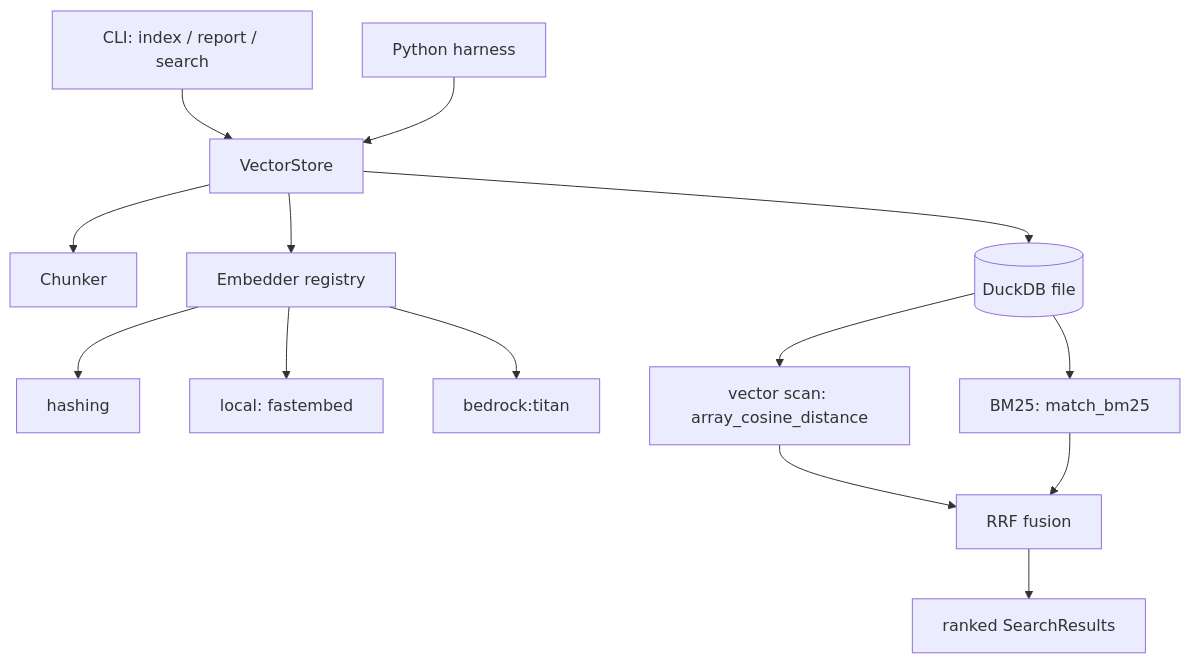
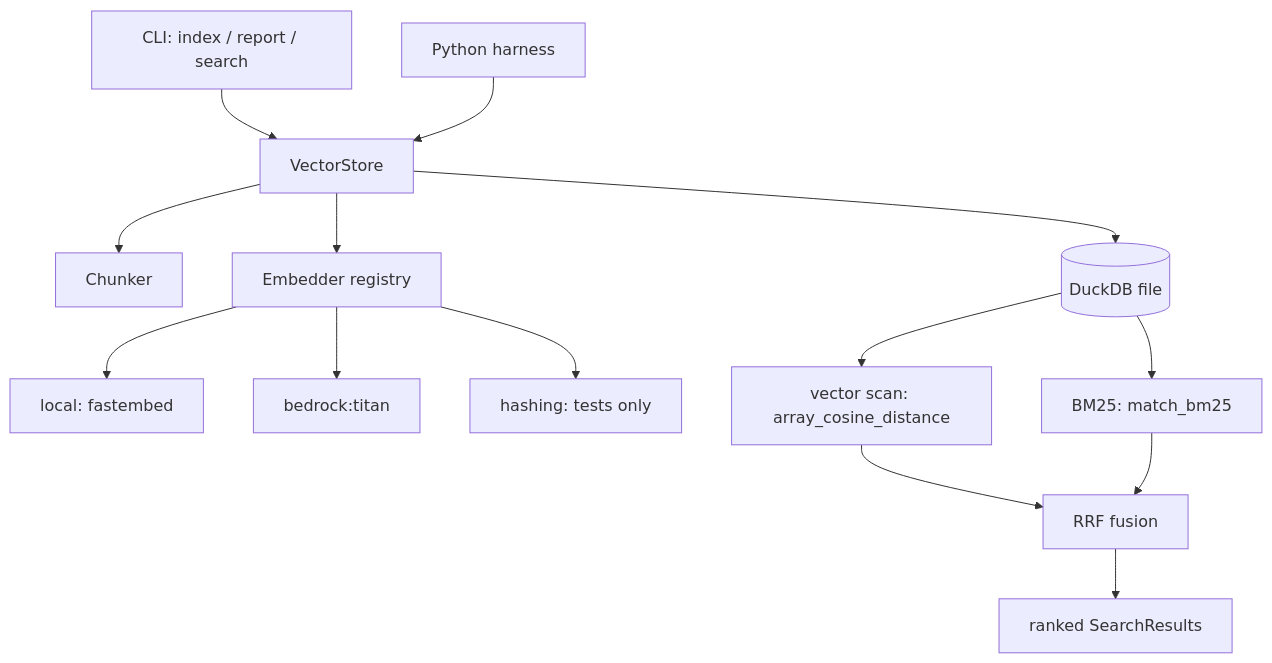
Before and after one commit to bernard357/duckdb-vectors: the diagram in documentation/duckdb-vectors-primitive.md, drawn with Mermaid. The commit also changed other lines of this file and 9 other files, not shown here.

First line of the commit message:
docs: lead with the local backend, reframe hashing as test-only refs #4

````diff
--- a/documentation/duckdb-vectors-primitive.md
+++ b/documentation/duckdb-vectors-primitive.md
@@ -28,16 +28,16 @@
 ```mermaid
 flowchart TD
     CLI[CLI: index / report / search] --> Store
     App[Python harness] --> Store
     Store[VectorStore] --> Chunker[Chunker]
     Store --> Embedder[Embedder registry]
-    Embedder --> Hashing[hashing]
     Embedder --> Local[local: fastembed]
     Embedder --> Bedrock[bedrock:titan]
+    Embedder --> Hashing[hashing: tests only]
     Store --> DB[(DuckDB file)]
     DB --> Vec[vector scan: array_cosine_distance]
     DB --> FTS[BM25: match_bm25]
     Vec --> RRF[RRF fusion]
     FTS --> RRF
     RRF --> Results[ranked SearchResults]
 ```
````
